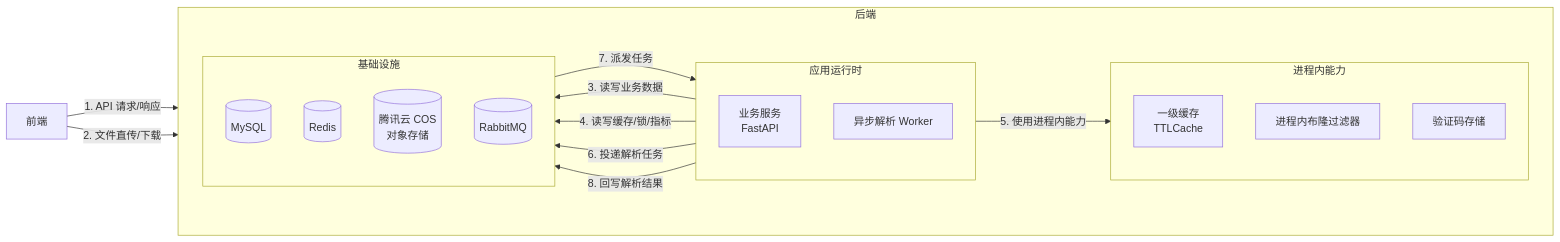
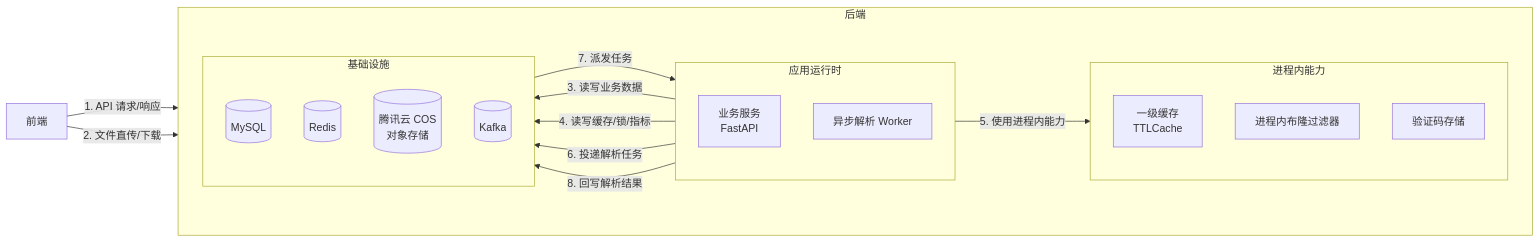
Before and after one commit to hwb-321/ZlibSE: the diagram in document/模块图表/00-整体架构.md, drawn with Mermaid. The commit also changed other lines of this file and 12 other files, not shown here.

````diff
--- a/document/模块图表/00-整体架构.md
+++ b/document/模块图表/00-整体架构.md
@@ -5,38 +5,38 @@
 ```mermaid
 flowchart LR
     FE[前端]
 
     subgraph BE[后端]
         direction LR
 
         subgraph Runtime[应用运行时]
             direction TB
             API[业务服务<br/>FastAPI]
             Worker[异步解析 Worker]
         end
 
         subgraph Memory[进程内能力]
             direction TB
             L1[一级缓存<br/>TTLCache]
             Bloom[进程内布隆过滤器]
             Captcha[验证码存储]
         end
 
         subgraph Infra[基础设施]
             direction TB
             DB[(MySQL)]
             Redis[(Redis)]
             COS[(腾讯云 COS<br/>对象存储)]
-            MQ[(RabbitMQ)]
+            MQ[(Kafka)]
         end
     end
 
     FE -- "1. API 请求/响应" --> API
     FE -- "2. 文件直传/下载" --> COS
     API -- "3. 读写业务数据" --> DB
     API -- "4. 读写缓存/锁/指标" --> Redis
     API -- "5. 使用进程内能力" --> Memory
     API -- "6. 投递解析任务" --> MQ
     MQ -- "7. 派发任务" --> Worker
     Worker -- "8. 回写解析结果" --> DB
 ```
````
